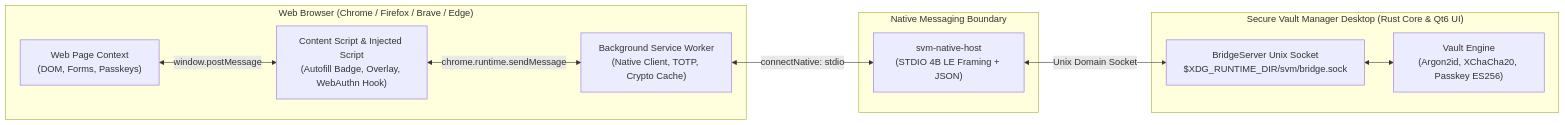
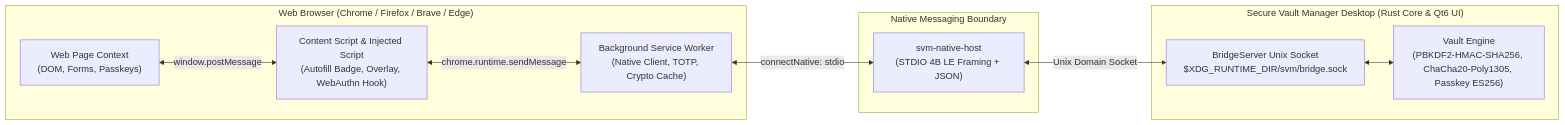
The diagram in docs/12. Browser Extension Setup & Testing Guide.md (hephaestus-developers/secure-vault-manager), drawn with Mermaid before and after one commit. The commit also changed other lines of this file and 7 other files, not shown here.

First line of the commit message:
docs: synchronize architecture specifications with implemented codebase

````diff
--- a/docs/12. Browser Extension Setup & Testing Guide.md
+++ b/docs/12. Browser Extension Setup & Testing Guide.md
@@ -26,23 +26,23 @@
 ```mermaid
 flowchart LR
     subgraph Browser ["Web Browser (Chrome / Firefox / Brave / Edge)"]
         Page["Web Page Context<br/>(DOM, Forms, Passkeys)"]
         CS["Content Script & Injected Script<br/>(Autofill Badge, Overlay, WebAuthn Hook)"]
         SW["Background Service Worker<br/>(Native Client, TOTP, Crypto Cache)"]
     end
 
     subgraph NativeBridge ["Native Messaging Boundary"]
         Host["svm-native-host<br/>(STDIO 4B LE Framing + JSON)"]
     end
 
     subgraph DesktopApp ["Secure Vault Manager Desktop (Rust Core & Qt6 UI)"]
         IPC["BridgeServer Unix Socket<br/>$XDG_RUNTIME_DIR/svm/bridge.sock"]
-        Core["Vault Engine<br/>(Argon2id, XChaCha20, Passkey ES256)"]
+        Core["Vault Engine<br/>(PBKDF2-HMAC-SHA256, ChaCha20-Poly1305, Passkey ES256)"]
     end
 
     Page <-->|window.postMessage| CS
     CS <-->|chrome.runtime.sendMessage| SW
     SW <-->|connectNative: stdio| Host
     Host <-->|Unix Domain Socket| IPC
     IPC <--> Core
 ```
````
